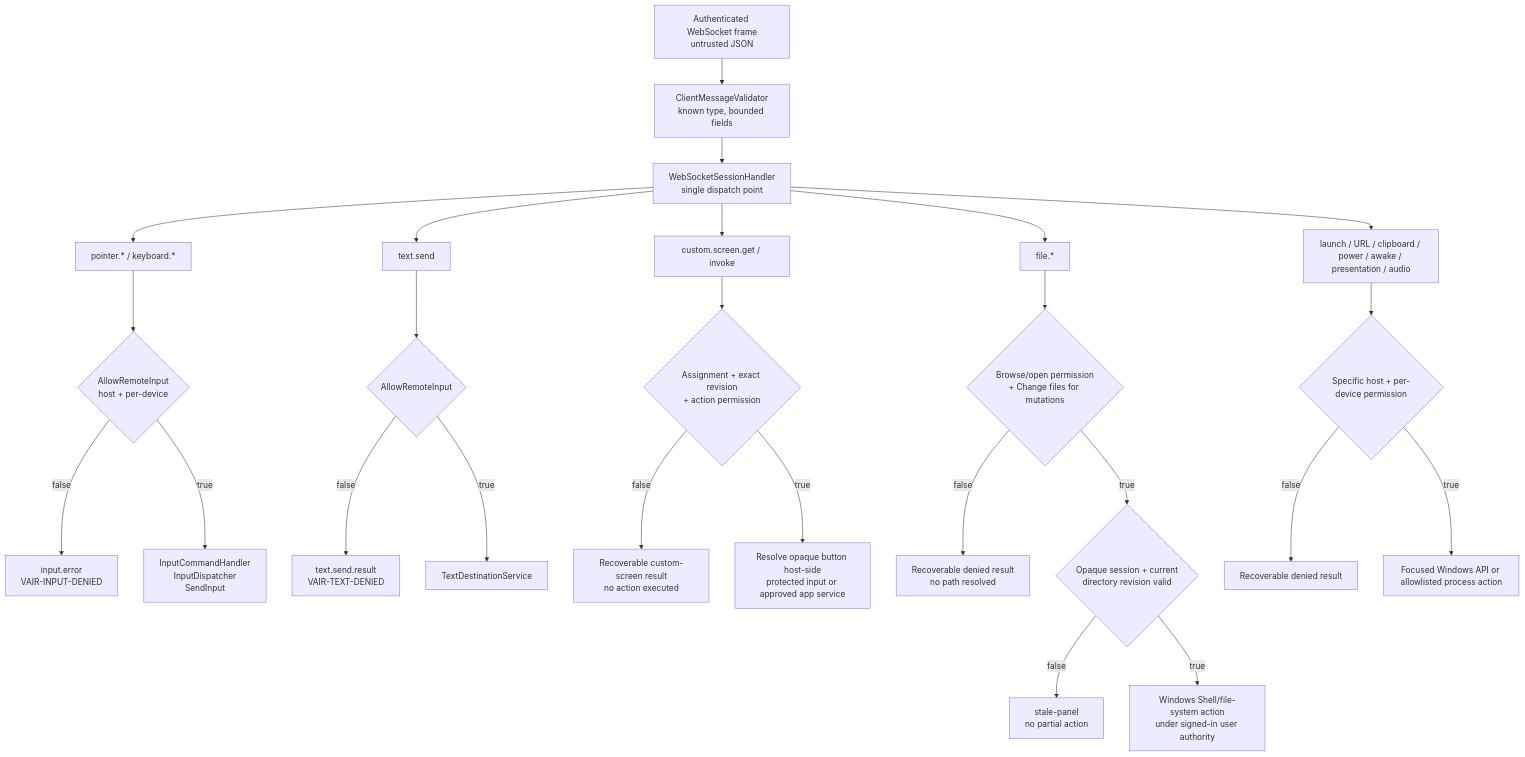
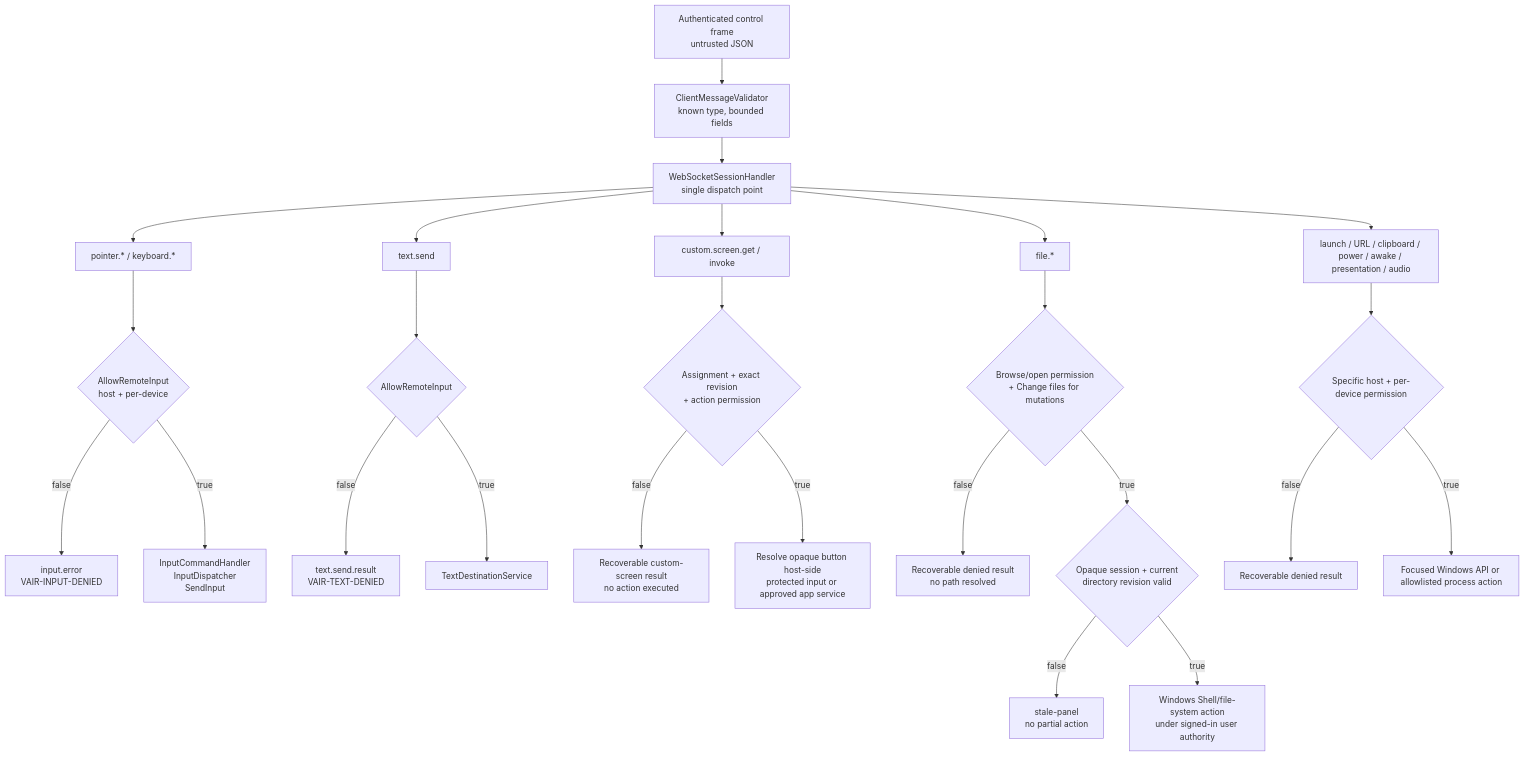
One commit to voltura/voltura-air changed the fourth of 5 diagrams in docs/security-architecture-diagrams.md. Above: the diagram before and after it, drawn with Mermaid. The commit also changed other lines of this file and 8 other files, not shown here.

````diff
--- a/docs/security-architecture-diagrams.md
+++ b/docs/security-architecture-diagrams.md
@@ -95,32 +96,32 @@
 ```mermaid
 flowchart TD
-  Frame["Authenticated WebSocket frame\nuntrusted JSON"] --> Validate["ClientMessageValidator\nknown type, bounded fields"]
+  Frame["Authenticated control frame\nuntrusted JSON"] --> Validate["ClientMessageValidator\nknown type, bounded fields"]
   Validate --> Dispatch["WebSocketSessionHandler\nsingle dispatch point"]
 
   Dispatch --> Input["pointer.* / keyboard.*"]
   Input --> RemoteInput{"AllowRemoteInput\nhost + per-device"}
   RemoteInput -- "false" --> InputDenied["input.error\nVAIR-INPUT-DENIED"]
   RemoteInput -- "true" --> SendInput["InputCommandHandler\nInputDispatcher\nSendInput"]
 
   Dispatch --> Text["text.send"]
   Text --> TextPerm{"AllowRemoteInput"}
   TextPerm -- "false" --> TextDenied["text.send.result\nVAIR-TEXT-DENIED"]
   TextPerm -- "true" --> TextSink["TextDestinationService"]
 
   Dispatch --> Custom["custom.screen.get / invoke"]
   Custom --> CustomGate{"Assignment + exact revision\n+ action permission"}
   CustomGate -- "false" --> CustomDenied["Recoverable custom-screen result\nno action executed"]
   CustomGate -- "true" --> OpaqueAction["Resolve opaque button host-side\nprotected input or approved app service"]
 
   Dispatch --> Files["file.*"]
   Files --> FilePerm{"Browse/open permission\n+ Change files for mutations"}
   FilePerm -- "false" --> FileDenied["Recoverable denied result\nno path resolved"]
   FilePerm -- "true" --> FileRevision{"Opaque session + current\ndirectory revision valid"}
   FileRevision -- "false" --> FileStale["stale-panel\nno partial action"]
   FileRevision -- "true" --> FileAction["Windows Shell/file-system action\nunder signed-in user authority"]
 
   Dispatch --> Privileged["launch / URL / clipboard / power / awake / presentation / audio"]
   Privileged --> SpecificPerm{"Specific host + per-device permission"}
   SpecificPerm -- "false" --> RecoverableDeny["Recoverable denied result"]
   SpecificPerm -- "true" --> WindowsAction["Focused Windows API or allowlisted process action"]
 ```
````
